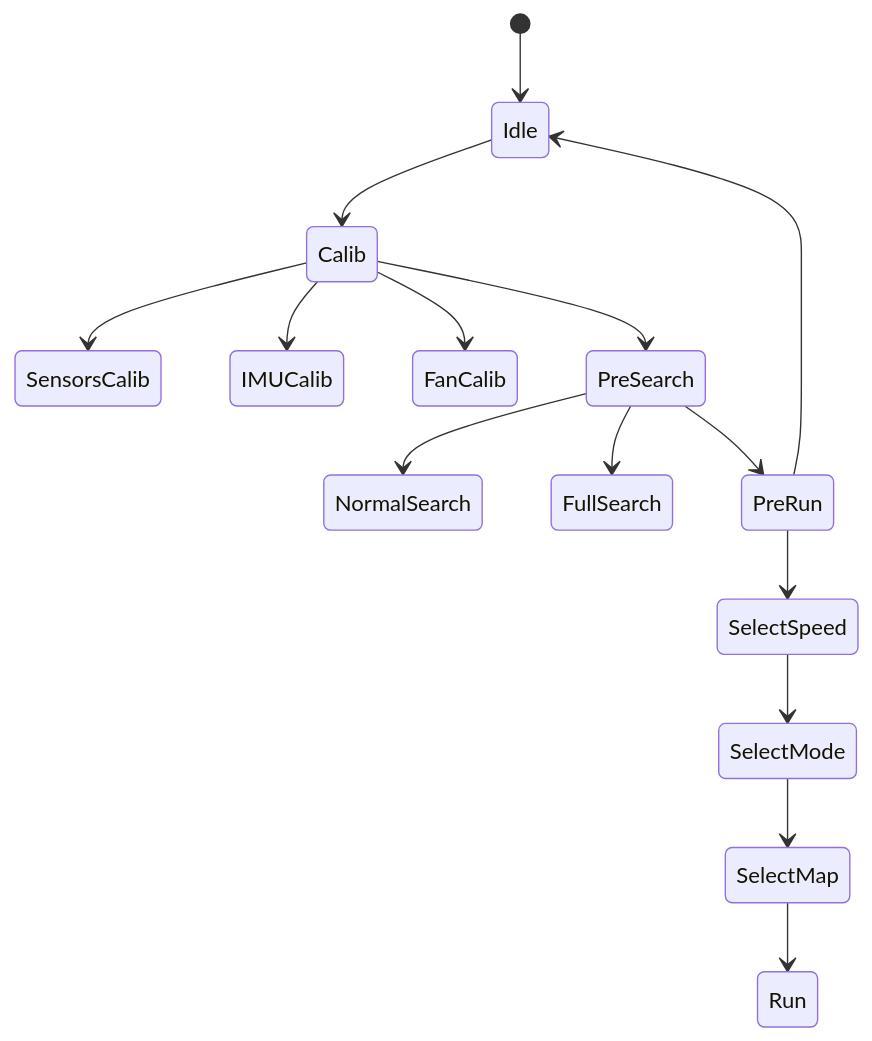
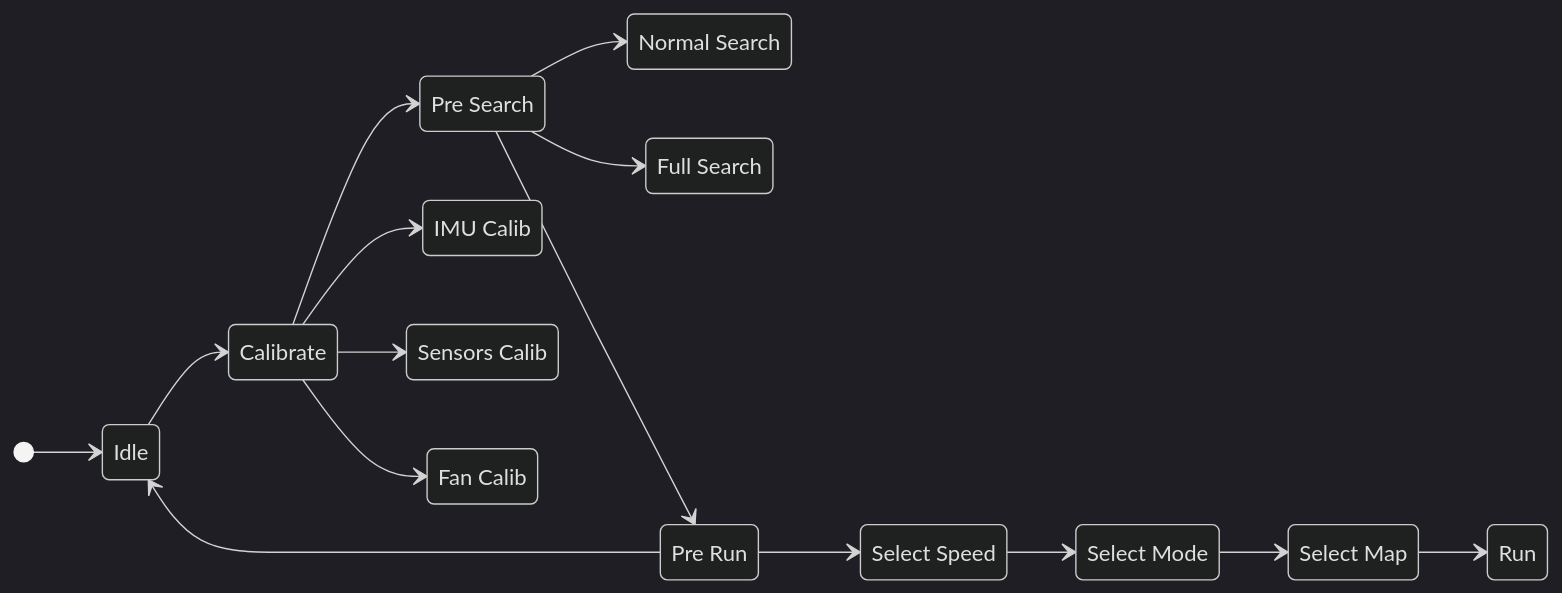
One commit to team-raiju/kami changed the diagram in web/src/lib/content/robots/fujin/firmware.md. Above: the diagram before and after it, drawn with Mermaid.

Commit message:
Update fujin state diagram

````diff
--- a/web/src/lib/content/robots/fujin/firmware.md
+++ b/web/src/lib/content/robots/fujin/firmware.md
@@ -5,20 +5,37 @@
 ```mermaid
+%%{init: {'theme':'dark'}}%%
 stateDiagram-v2
-    [*] --> Idle
-    Idle --> Calib
+    direction LR
 
-    Calib --> SensorsCalib
-    Calib --> IMUCalib
-    Calib --> FanCalib
-    Calib --> PreSearch
+    sIdle : Idle
+    sCalibrate : Calibrate
+    sPreSearch : Pre Search
+    sNormalSearch : Normal Search
+    sFullSearch : Full Search
+    sPreRun : Pre Run
+    sSelectSpeed : Select Speed
+    sSelectMode : Select Mode
+    sSelectMap : Select Map
+    sRun : Run
+    sIMUCalib : IMU Calib
+    sSensorsCalib : Sensors Calib
+    sFanCalib : Fan Calib
 
-    PreSearch --> NormalSearch
-    PreSearch --> FullSearch
-    PreSearch --> PreRun
+    [*] --> sIdle
+    sIdle --> sCalibrate
 
-    PreRun --> SelectSpeed
-    SelectSpeed --> SelectMode
-    SelectMode --> SelectMap
-    SelectMap --> Run
-    PreRun --> Idle
+    sCalibrate --> sSensorsCalib
+    sCalibrate --> sIMUCalib
+    sCalibrate --> sFanCalib
+    sCalibrate --> sPreSearch
+
+    sPreSearch --> sNormalSearch
+    sPreSearch --> sFullSearch
+    sPreSearch --> sPreRun
+
+    sPreRun --> sSelectSpeed
+    sSelectSpeed --> sSelectMode
+    sSelectMode --> sSelectMap
+    sSelectMap --> sRun
+    sPreRun --> sIdle
 ```
````
